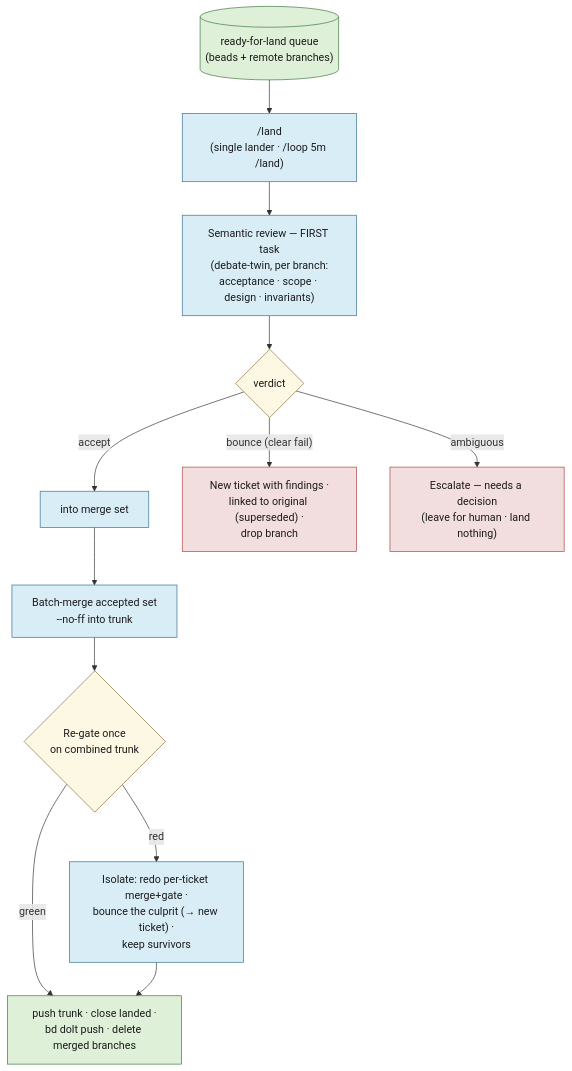
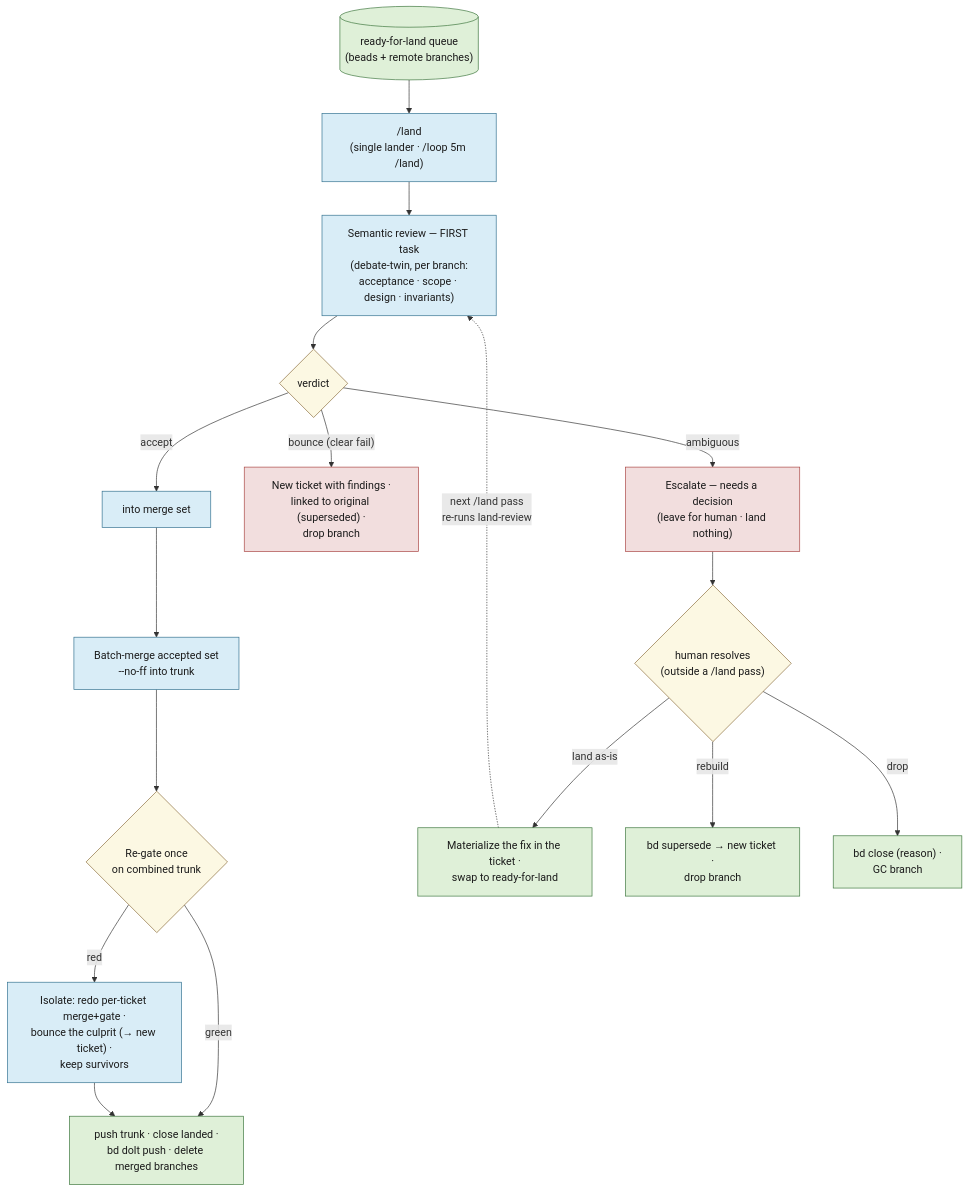
The fourth of 4 diagrams in docs/agents-workflow.md (bildzeitung/lode), drawn with Mermaid before and after one commit. The commit also changed other lines of this file and 1 other file, not shown here.

First line of the commit message:
docs: define the land-escalated resolution transition

````diff
--- a/docs/agents-workflow.md
+++ b/docs/agents-workflow.md
@@ -356,25 +356,31 @@
 ```mermaid
 flowchart TD
     Q[("ready-for-land queue<br>(beads + remote branches)")] --> LAND["/land<br>(single lander · /loop 5m /land)"]
     LAND --> SEM["Semantic review — FIRST task<br>(debate-twin, per branch:<br>acceptance · scope · design · invariants)"]
     SEM --> V{"verdict"}
     V -->|"accept"| ACC["into merge set"]
     V -->|"bounce (clear fail)"| NEW["New ticket with findings ·<br>linked to original (superseded) ·<br>drop branch"]
     V -->|"ambiguous"| HUMAN["Escalate — needs a decision<br>(leave for human · land nothing)"]
     ACC --> MERGE["Batch-merge accepted set<br>--no-ff into trunk"]
     MERGE --> RG{"Re-gate once<br>on combined trunk"}
     RG -->|"green"| PUSH["push trunk · close landed ·<br>bd dolt push · delete merged branches"]
     RG -->|"red"| ISO["Isolate: redo per-ticket merge+gate ·<br>bounce the culprit (→ new ticket) ·<br>keep survivors"]
     ISO --> PUSH
 
+    HUMAN --> RES{"human resolves<br>(outside a /land pass)"}
+    RES -->|"land as-is"| MATFIX["Materialize the fix in the ticket ·<br>swap to ready-for-land"]
+    RES -->|"rebuild"| RSUPER["bd supersede → new ticket ·<br>drop branch"]
+    RES -->|"drop"| RDROP["bd close (reason) ·<br>GC branch"]
+    MATFIX -.->|"next /land pass<br>re-runs land-review"| SEM
+
     classDef start fill:#fcf8e3,stroke:#8a6d3b,color:#1b1b1b;
     classDef work fill:#d9edf7,stroke:#31708f,color:#1b1b1b;
     classDef gate fill:#fcf8e3,stroke:#8a6d3b,color:#1b1b1b;
     classDef bad fill:#f2dede,stroke:#a94442,color:#1b1b1b;
     classDef good fill:#dff0d8,stroke:#3c763d,color:#1b1b1b;
     class Q good;
     class LAND,SEM,ACC,MERGE,ISO work;
-    class V,RG gate;
+    class V,RG,RES gate;
     class NEW,HUMAN bad;
-    class PUSH good;
+    class PUSH,MATFIX,RSUPER,RDROP good;
 ```
````
